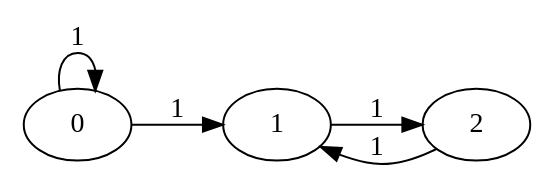
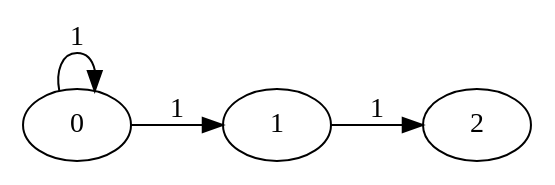
The diagram in data/test_graphs/epsilon.dot (PolyakovAlexander/Formal-Languages), drawn with Graphviz before and after one commit. The commit also changed 2 other files, not shown here.

```diff
--- a/data/test_graphs/epsilon.dot
+++ b/data/test_graphs/epsilon.dot
@@ -1,9 +1,8 @@
 digraph g {
 rankdir = LR
 0; 1; 2;
 
 0 -> 0[label="1"]
 0 -> 1[label="1"]
 1 -> 2[label="1"]
-2 -> 1[label="1"]
 }
```
